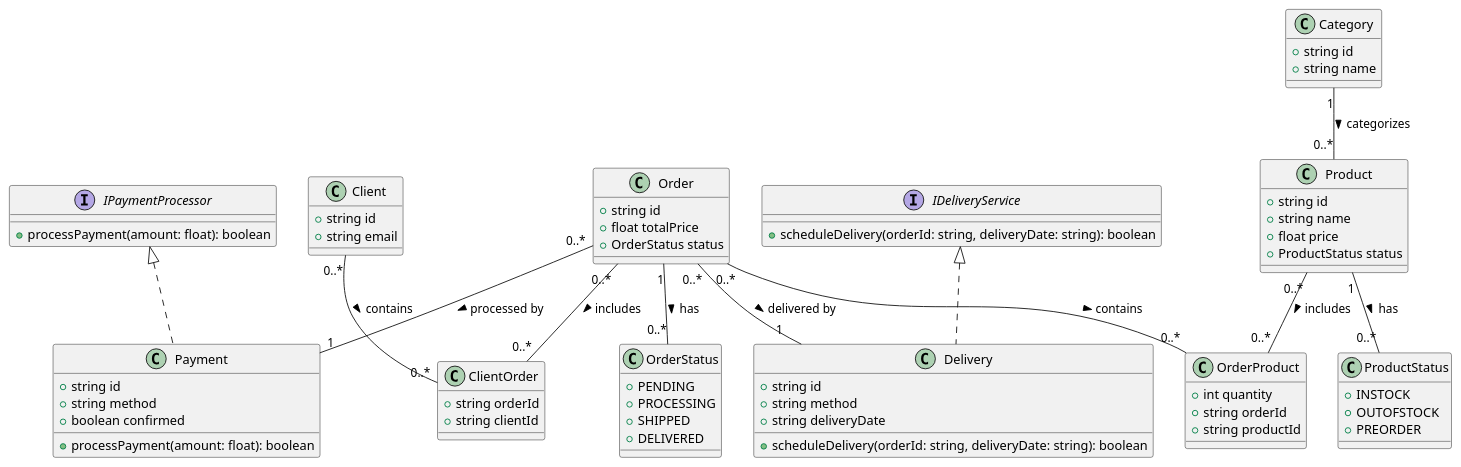
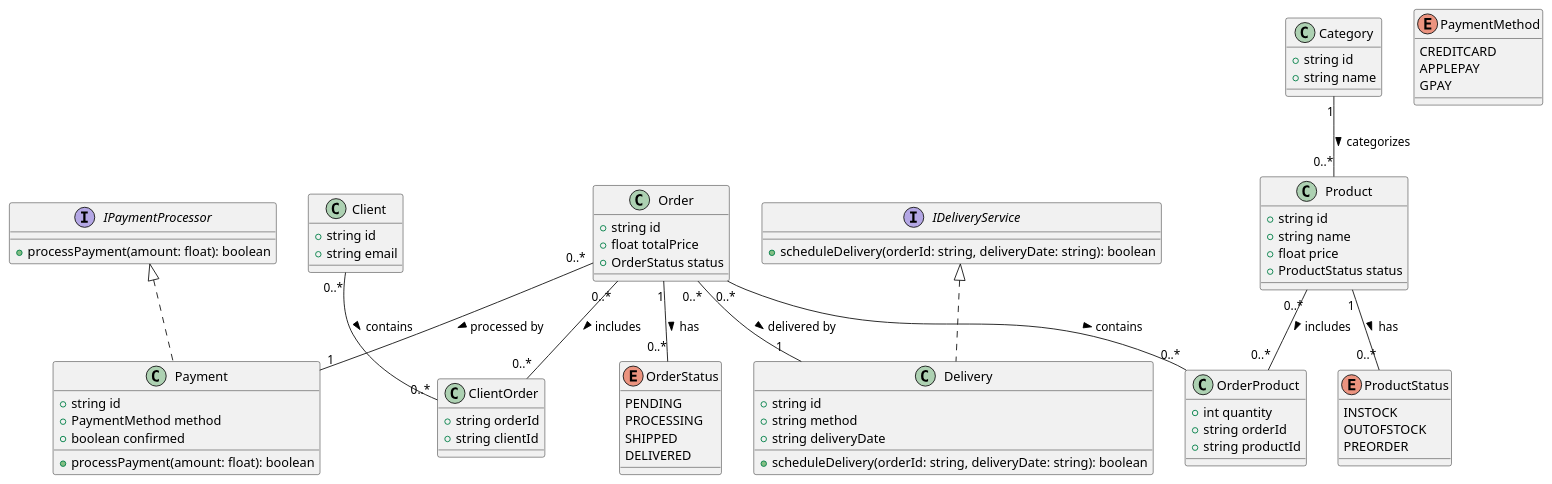
Before and after one commit to Jiri1708/bpAPImigrations: the diagram in classDiagram.puml, drawn with PlantUML. The commit also changed 1 other file, not shown here.

```diff
--- a/classDiagram.puml
+++ b/classDiagram.puml
@@ -1,86 +1,92 @@
 @startuml
 
 interface IPaymentProcessor {
     +processPayment(amount: float): boolean
 }
 
 interface IDeliveryService {
     +scheduleDelivery(orderId: string, deliveryDate: string): boolean
 }
 
 class ClientOrder {
     +string orderId
     +string clientId
 }
 
 class Client {
     +string id
     +string email
 }
 
 class OrderProduct {
     +int quantity
     +string orderId
     +string productId
 }
 
 class Product {
     +string id
     +string name
     +float price
     +ProductStatus status
 }
 
-class ProductStatus {
-    +INSTOCK
-    +OUTOFSTOCK
-    +PREORDER
+enum ProductStatus {
+    INSTOCK
+    OUTOFSTOCK
+    PREORDER
 }
 
 class Category {
     +string id
     +string name
 }
 
 class Order {
     +string id
     +float totalPrice
     +OrderStatus status
 }
 
 class Payment implements IPaymentProcessor {
     +string id
-    +string method
+    +PaymentMethod method
     +boolean confirmed
 
     +processPayment(amount: float): boolean
+}
+
+enum PaymentMethod {
+    CREDITCARD
+    APPLEPAY
+    GPAY
 }
 
 class Delivery implements IDeliveryService {
     +string id
     +string method
     +string deliveryDate
 
     +scheduleDelivery(orderId: string, deliveryDate: string): boolean
 }
 
-class OrderStatus {
-    +PENDING
-    +PROCESSING
-    +SHIPPED
-    +DELIVERED
+enum OrderStatus {
+    PENDING
+    PROCESSING
+    SHIPPED
+    DELIVERED
 }
 
 Order "1" -- "0..*" OrderStatus : has >
 Product "1" -- "0..*" ProductStatus : has >
 Order "0..*" -- "1" Payment : processed by >
 Order "0..*" -- "1" Delivery : delivered by >
 Category "1" -- "0..*" Product : categorizes >
 
 ' Many-to-Many relationship between Order and Product
 Order "0..*" -- "0..*" OrderProduct : contains >
 Product "0..*" -- "0..*" OrderProduct : includes >
 Client "0..*" -- "0..*" ClientOrder : contains >
 Order "0..*" -- "0..*" ClientOrder : includes >
 
 @enduml
```
